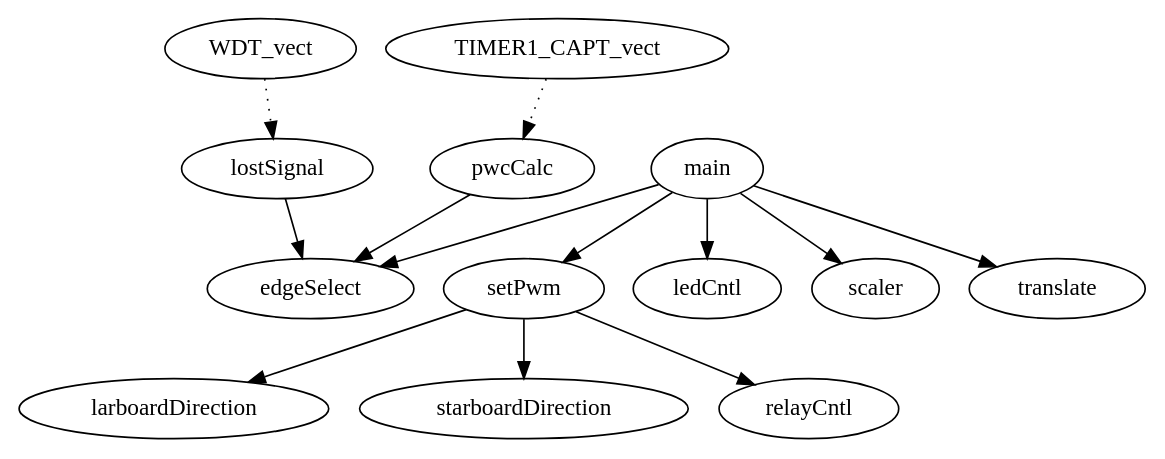
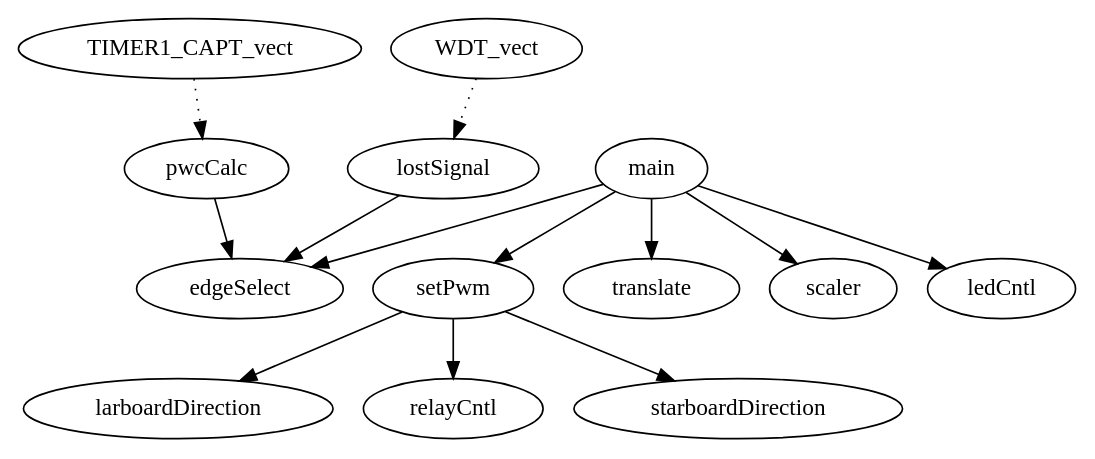
The diagram in Firmware/Propulsion/piruett.dot (bjornburton/champbot), drawn with Graphviz before and after one commit. The commit also changed other lines of this file and 7 other files, not shown here.

```diff
--- a/Firmware/Propulsion/piruett.dot
+++ b/Firmware/Propulsion/piruett.dot
@@ -1,14 +1,14 @@
 digraph callgraph {
+"TIMER1_CAPT_vect" -> "pwcCalc" [style=dotted];
+"setPwm" -> "larboardDirection" [style=solid];
+"setPwm" -> "relayCntl" [style=solid];
+"setPwm" -> "starboardDirection" [style=solid];
 "WDT_vect" -> "lostSignal" [style=dotted];
+"pwcCalc" -> "edgeSelect" [style=solid];
 "lostSignal" -> "edgeSelect" [style=solid];
-"setPwm" -> "larboardDirection" [style=solid];
-"setPwm" -> "starboardDirection" [style=solid];
-"setPwm" -> "relayCntl" [style=solid];
+"main" -> "edgeSelect" [style=solid];
+"main" -> "translate" [style=solid];
 "main" -> "setPwm" [style=solid];
+"main" -> "scaler" [style=solid];
 "main" -> "ledCntl" [style=solid];
-"main" -> "scaler" [style=solid];
-"main" -> "translate" [style=solid];
-"main" -> "edgeSelect" [style=solid];
-"TIMER1_CAPT_vect" -> "pwcCalc" [style=dotted];
-"pwcCalc" -> "edgeSelect" [style=solid];
 }
```
